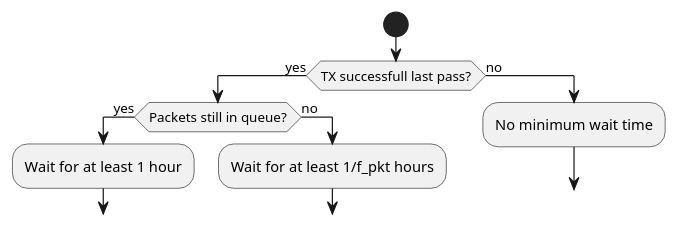
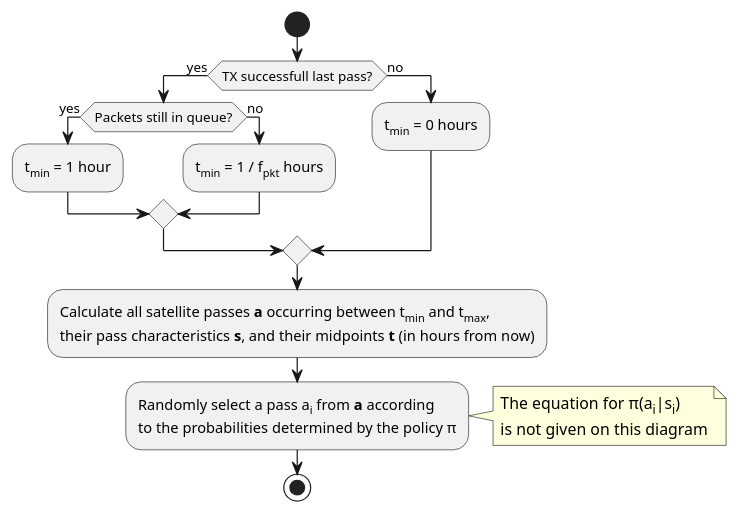
One commit to garrettkinman/MSc-Thesis-Diagrams changed the diagram in passSelection.wsd. Above: the diagram before and after it, drawn with PlantUML.

Commit message:
added formatting for a bit of the mathematical accuracy

```diff
--- a/passSelection.wsd
+++ b/passSelection.wsd
@@ -1,21 +1,28 @@
 @startuml
 
 
 
 start
 
 if (TX successfull last pass?) then (yes)
     if (Packets still in queue?) then (yes)
-        :Wait for at least 1 hour;
-        break
+        :t<sub>min</sub> = 1 hour;
+        
     else (no)
-        :Wait for at least 1/f_pkt hours;
-        break
+        :t<sub>min</sub> = 1 / f<sub>pkt</sub> hours;
+        
     endif
 else (no)
-    :No minimum wait time;
-    break
+    :t<sub>min</sub> = 0 hours;
 endif
+:Calculate all satellite passes **a** occurring between t<sub>min</sub> and t<sub>max</sub>,
+their pass characteristics **s**, and their midpoints **t** (in hours from now);
+:Randomly select a pass a<sub>i</sub> from **a** according
+to the probabilities determined by the policy π;
+note right: The equation for π(a<sub>i</sub>|s<sub>i</sub>)\nis not given on this diagram
+
+stop
+
 
 
 @enduml
```
